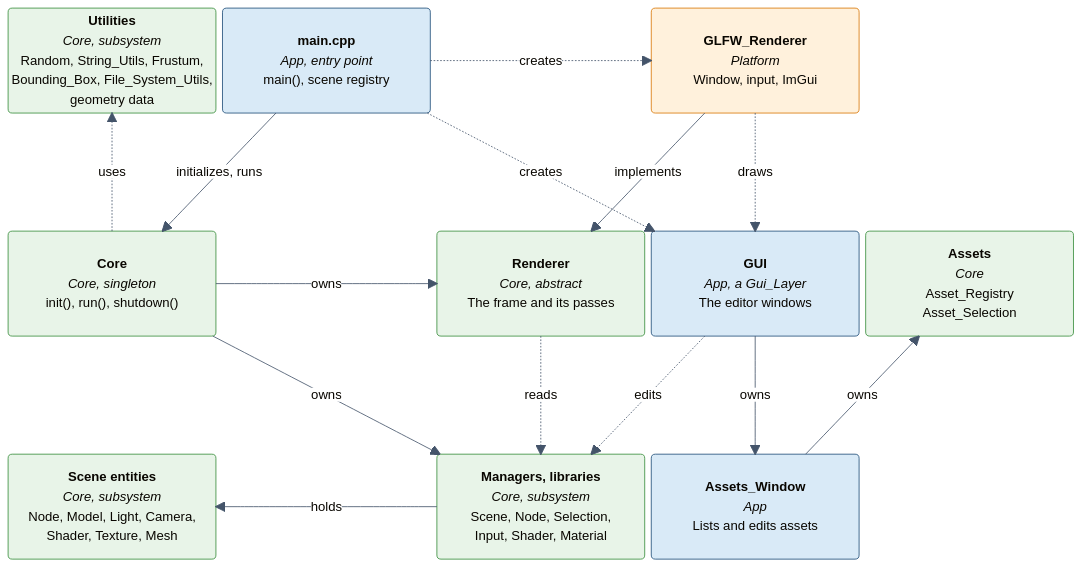
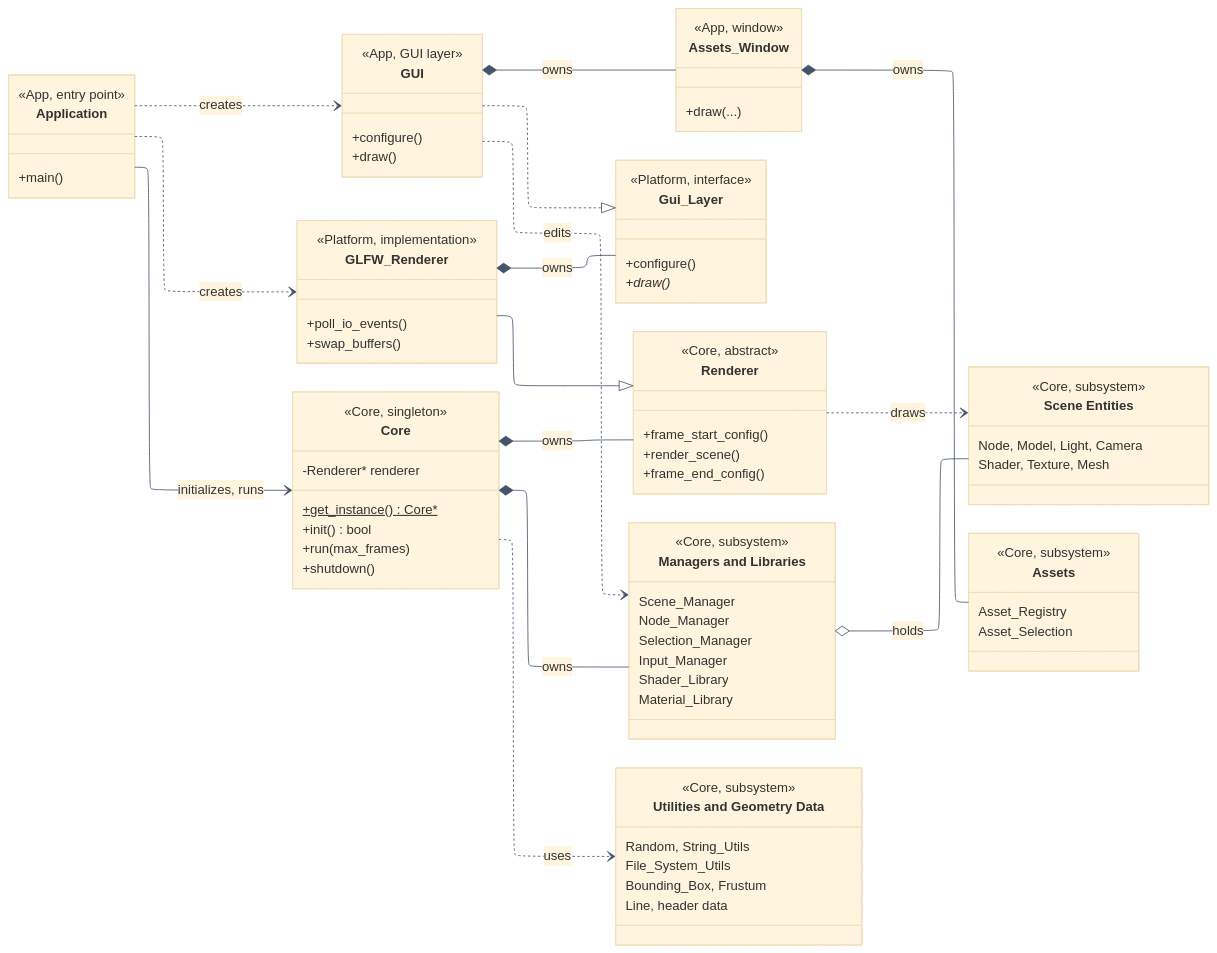
The diagram in docs/diagrams/uml/architecture_overview.mmd (emartg/opengl-graphics-engine), drawn with Mermaid before and after one commit. The commit also changed 6 other files, not shown here.

```diff
--- a/docs/diagrams/uml/architecture_overview.mmd
+++ b/docs/diagrams/uml/architecture_overview.mmd
@@ -1,41 +1,95 @@
 ---
 config:
+  layout: elk
   fontFamily: "Segoe UI, Arial, sans-serif"
   theme: base
   themeVariables:
     fontSize: 16px
     lineColor: "#44546a"
     edgeLabelBackground: "#ffffff"
+  class:
+    useMaxWidth: false
 ---
-%% Overview of the engine: the modules (App, Platform, Core) and how they relate. The subsystem diagrams of this folder detail
-%% the boxes: managers_subsystem (Managers, libraries), rendering_and_gui_subsystem (Renderer, GUI, Assets),
-%% scene_entities_subsystem (Scene entities), and utilities_and_geometry_data (Utilities).
-block-beta
-    columns 5
-
-    Util("<b>Utilities</b><br/><i>Core, subsystem</i><br/>Random, String_Utils, Frustum,<br/>Bounding_Box, File_System_Utils,<br/>geometry data") Main("<b>main.cpp</b><br/><i>App, entry point</i><br/>main(), scene registry") space GLFW("<b>GLFW_Renderer</b><br/><i>Platform</i><br/>Window, input, ImGui") space
-    space:5
-    Core("<b>Core</b><br/><i>Core, singleton</i><br/>init(), run(), shutdown()") space Rend("<b>Renderer</b><br/><i>Core, abstract</i><br/>The frame and its passes") GUI("<b>GUI</b><br/><i>App, a Gui_Layer</i><br/>The editor windows") Ass("<b>Assets</b><br/><i>Core</i><br/>Asset_Registry<br/>Asset_Selection")
-    space:5
-    Ent("<b>Scene entities</b><br/><i>Core, subsystem</i><br/>Node, Model, Light, Camera,<br/>Shader, Texture, Mesh") space Mgr("<b>Managers, libraries</b><br/><i>Core, subsystem</i><br/>Scene, Node, Selection,<br/>Input, Shader, Material") AW("<b>Assets_Window</b><br/><i>App</i><br/>Lists and edits assets") space
-
-    Main-- "initializes, runs" -->Core
-    Main-. "creates" .->GLFW
-    Main-. "creates" .->GUI
-    Core-- "owns" -->Rend
-    Core-- "owns" -->Mgr
-    Core-. "uses" .->Util
-    GLFW-- "implements" -->Rend
-    GLFW-. "draws" .->GUI
-    GUI-. "edits" .->Mgr
-    GUI-- "owns" -->AW
-    AW-- "owns" -->Ass
-    Rend-. "reads" .->Mgr
-    Mgr-- "holds" -->Ent
-
-    classDef appBox fill:#d9eaf7,stroke:#1f4e79,color:#1f2d3d
-    classDef platformBox fill:#fff1dc,stroke:#d97706,color:#1f2d3d
-    classDef coreBox fill:#e8f4e8,stroke:#388e3c,color:#1f2d3d
-    class Main,GUI,AW appBox
-    class GLFW platformBox
-    class Ass,Util,Rend,Core,Mgr,Ent coreBox
+%% Overview of the engine as a UML class diagram: the modules (the stereotype of each block starts with its module: App, Platform, or Core)
+%% and how they relate. The subsystem diagrams of this folder detail the blocks that group classes: managers_subsystem ("Managers and
+%% Libraries"), rendering_and_gui_subsystem (Renderer, GLFW_Renderer, Gui_Layer, GUI, Assets_Window, and "Assets"),
+%% scene_entities_subsystem ("Scene Entities"), and utilities_and_geometry_data ("Utilities and Geometry Data").
+classDiagram
+    direction LR
+    class Application {
+        <<App, entry point>>
+        +main()
+    }
+    class GUI {
+        <<App, GUI layer>>
+        +configure()
+        +draw()
+    }
+    class Assets_Window {
+        <<App, window>>
+        +draw(...)
+    }
+    class GLFW_Renderer {
+        <<Platform, implementation>>
+        +poll_io_events()
+        +swap_buffers()
+    }
+    class Gui_Layer {
+        <<Platform, interface>>
+        +configure()
+        +draw()*
+    }
+    class Core {
+        <<Core, singleton>>
+        -Renderer* renderer
+        +get_instance()$ Core*
+        +init() bool
+        +run(max_frames)
+        +shutdown()
+    }
+    class Renderer {
+        <<Core, abstract>>
+        +frame_start_config()
+        +render_scene()
+        +frame_end_config()
+    }
+    class Managers_and_Libraries["Managers and Libraries"] {
+        <<Core, subsystem>>
+        Scene_Manager
+        Node_Manager
+        Selection_Manager
+        Input_Manager
+        Shader_Library
+        Material_Library
+    }
+    class Scene_Entities["Scene Entities"] {
+        <<Core, subsystem>>
+        Node, Model, Light, Camera
+        Shader, Texture, Mesh
+    }
+    class Assets {
+        <<Core, subsystem>>
+        Asset_Registry
+        Asset_Selection
+    }
+    class Utilities["Utilities and Geometry Data"] {
+        <<Core, subsystem>>
+        Random, String_Utils
+        File_System_Utils
+        Bounding_Box, Frustum
+        Line, header data
+    }
+    Application ..> GLFW_Renderer : creates
+    Application ..> GUI : creates
+    Application --> Core : initializes, runs
+    Core *-- Renderer : owns
+    Core *-- Managers_and_Libraries : owns
+    Core ..> Utilities : uses
+    GLFW_Renderer --|> Renderer
+    GLFW_Renderer *-- Gui_Layer : owns
+    GUI ..|> Gui_Layer
+    GUI *-- Assets_Window : owns
+    Assets_Window *-- Assets : owns
+    Renderer ..> Scene_Entities : draws
+    GUI ..> Managers_and_Libraries : edits
+    Managers_and_Libraries o-- Scene_Entities : holds
```
